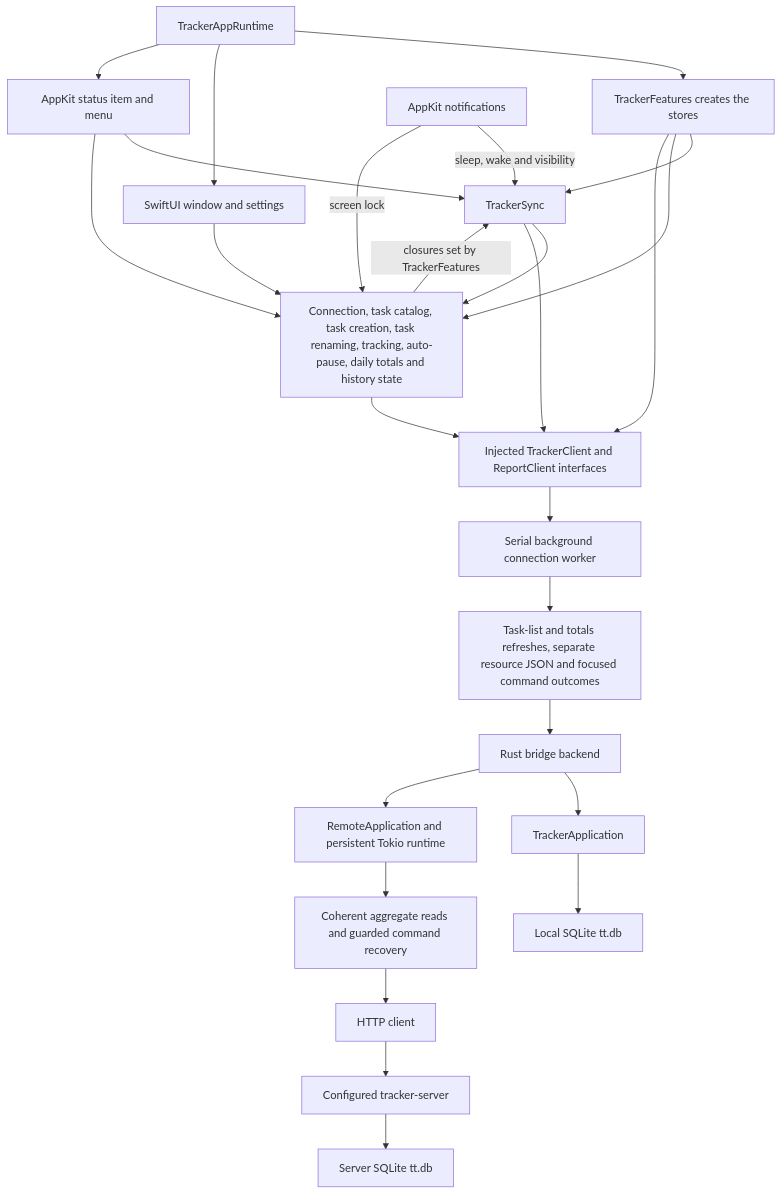
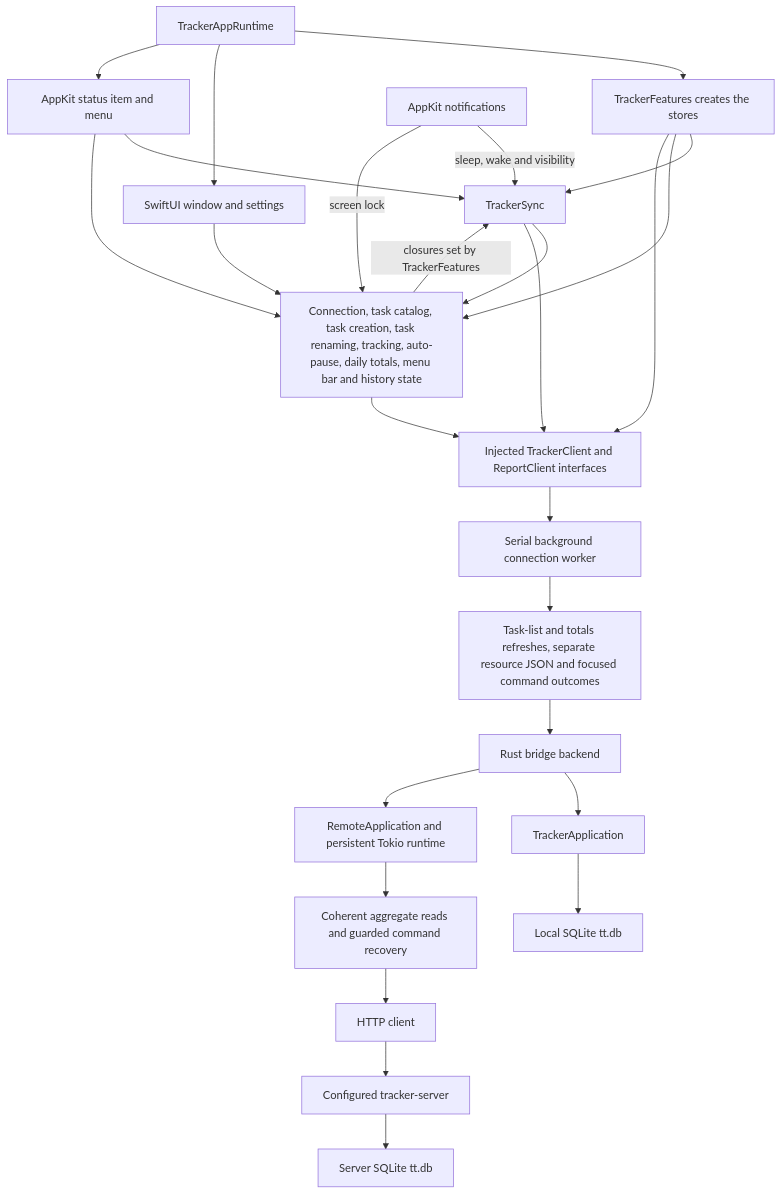
The diagram in apps/swiftui/README.md (remshams/time-tracker), drawn with Mermaid before and after one commit.

Commit message:
docs(SwiftUIApp): list the menu bar state in the architecture diagram

````diff
--- a/apps/swiftui/README.md
+++ b/apps/swiftui/README.md
@@ -291,25 +291,25 @@
 ```mermaid
 flowchart TD
     Runtime[TrackerAppRuntime] --> TrackerFeatures[TrackerFeatures creates the stores]
     Runtime --> UI[SwiftUI window and settings]
     Runtime --> Menu[AppKit status item and menu]
     Menu --> Sync[TrackerSync]
     Menu --> Features
     UI --> Features
     TrackerFeatures --> Sync
     Features -->|closures set by TrackerFeatures| Sync
-    TrackerFeatures & Sync --> Features[Connection, task catalog, task creation, task renaming, tracking, auto-pause, daily totals and history state]
+    TrackerFeatures & Sync --> Features[Connection, task catalog, task creation, task renaming, tracking, auto-pause, daily totals, menu bar and history state]
     Lifecycle[AppKit notifications] -->|sleep, wake and visibility| Sync
     Lifecycle -->|screen lock| Features
     TrackerFeatures & Sync & Features --> Port[Injected TrackerClient and ReportClient interfaces]
     Port --> Worker[Serial background connection worker]
     Worker --> ABI[Task-list and totals refreshes, separate resource JSON and focused command outcomes]
     ABI --> Backend[Rust bridge backend]
     Backend --> Local[TrackerApplication]
     Local --> DB[Local SQLite tt.db]
     Backend --> Remote[RemoteApplication and persistent Tokio runtime]
     Remote --> Coordinator[Coherent aggregate reads and guarded command recovery]
     Coordinator --> HTTP[HTTP client]
     HTTP --> Server[Configured tracker-server]
     Server --> ServerDB[Server SQLite tt.db]
 ```
````
